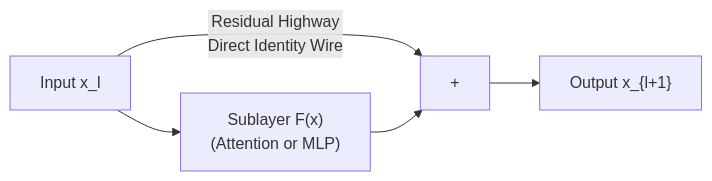
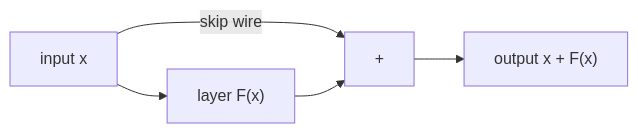
One commit to azusachino/harus-blog changed the second of 2 diagrams in docs/tech/series/math-for-ai/05.gradients-and-backprop.md. Above: the diagram before and after it, drawn with Mermaid. The commit also changed other lines of this file and 11 other files, not shown here.

````diff
--- a/docs/tech/series/math-for-ai/05.gradients-and-backprop.md
+++ b/docs/tech/series/math-for-ai/05.gradients-and-backprop.md
@@ -140,7 +108,7 @@
 ```mermaid
 flowchart LR
-    X["Input x_l"] --> F["Sublayer F(x)\n(Attention or MLP)"]
-    X -->|Residual Highway\nDirect Identity Wire| Add["+"]
-    F --> Add
-    Add --> Out["Output x_{l+1}"]
+    X["input x"] --> F["layer F(x)"]
+    X -->|"skip wire"| A["+"]
+    F --> A
+    A --> O["output x + F(x)"]
 ```
````
